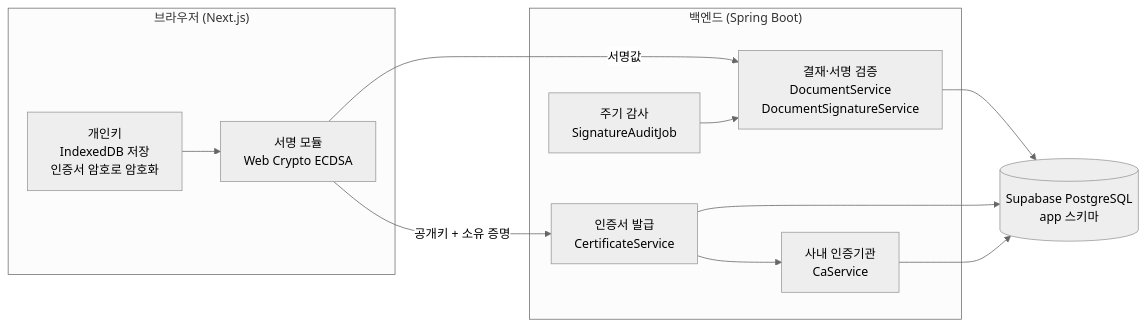
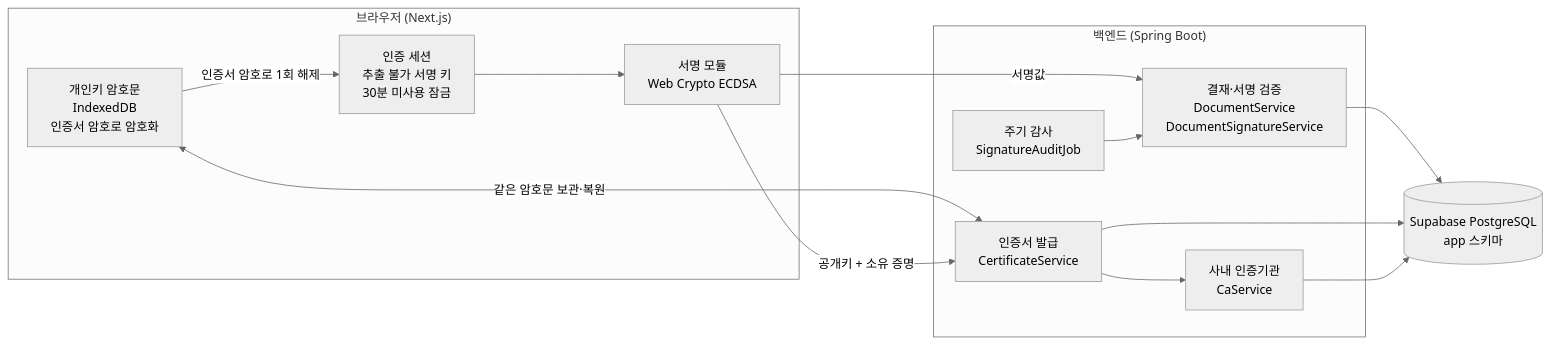
The first of 5 diagrams in docs/e-signature-design.md (bora120/approval-system), drawn with Mermaid (neutral theme) before and after one commit. The commit also changed other lines of this file and 34 other files, not shown here.

````diff
--- a/docs/e-signature-design.md
+++ b/docs/e-signature-design.md
@@ -17,23 +17,26 @@
 ```mermaid
 flowchart LR
   subgraph Browser["브라우저 (Next.js)"]
-    K["개인키<br/>IndexedDB 저장<br/>인증서 암호로 암호화"]
+    K["개인키 암호문<br/>IndexedDB<br/>인증서 암호로 암호화"]
+    U["인증 세션<br/>추출 불가 서명 키<br/>30분 미사용 잠금"]
     S["서명 모듈<br/>Web Crypto ECDSA"]
   end
   subgraph Server["백엔드 (Spring Boot)"]
     CA["사내 인증기관<br/>CaService"]
     CS["인증서 발급<br/>CertificateService"]
     DS["결재·서명 검증<br/>DocumentService<br/>DocumentSignatureService"]
     AJ["주기 감사<br/>SignatureAuditJob"]
   end
   DB[("Supabase PostgreSQL<br/>app 스키마")]
 
-  K --> S
+  K -- "인증서 암호로 1회 해제" --> U
+  U --> S
+  K <-->|"같은 암호문 보관·복원"| CS
   S -- "공개키 + 소유 증명" --> CS
   CS --> CA
   S -- "서명값" --> DS
   DS --> DB
   CS --> DB
   CA --> DB
   AJ --> DS
 ```
````
